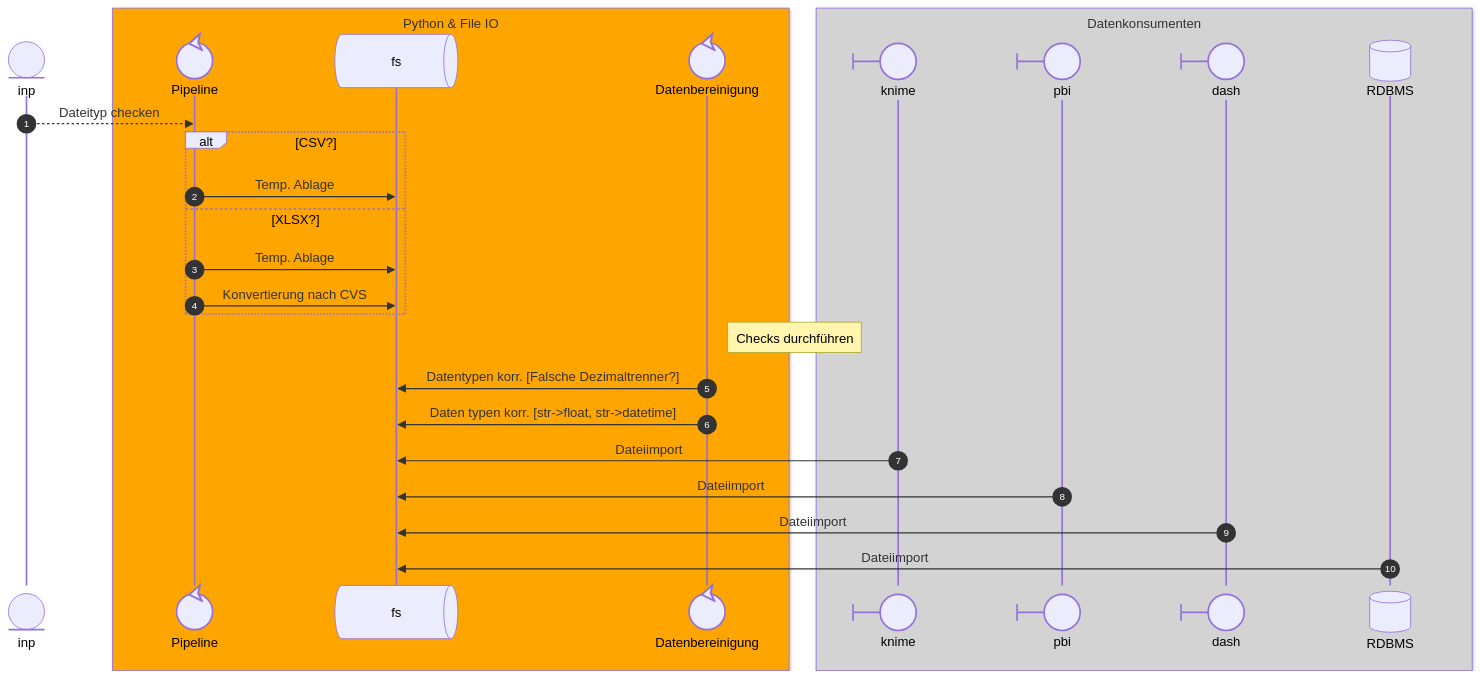
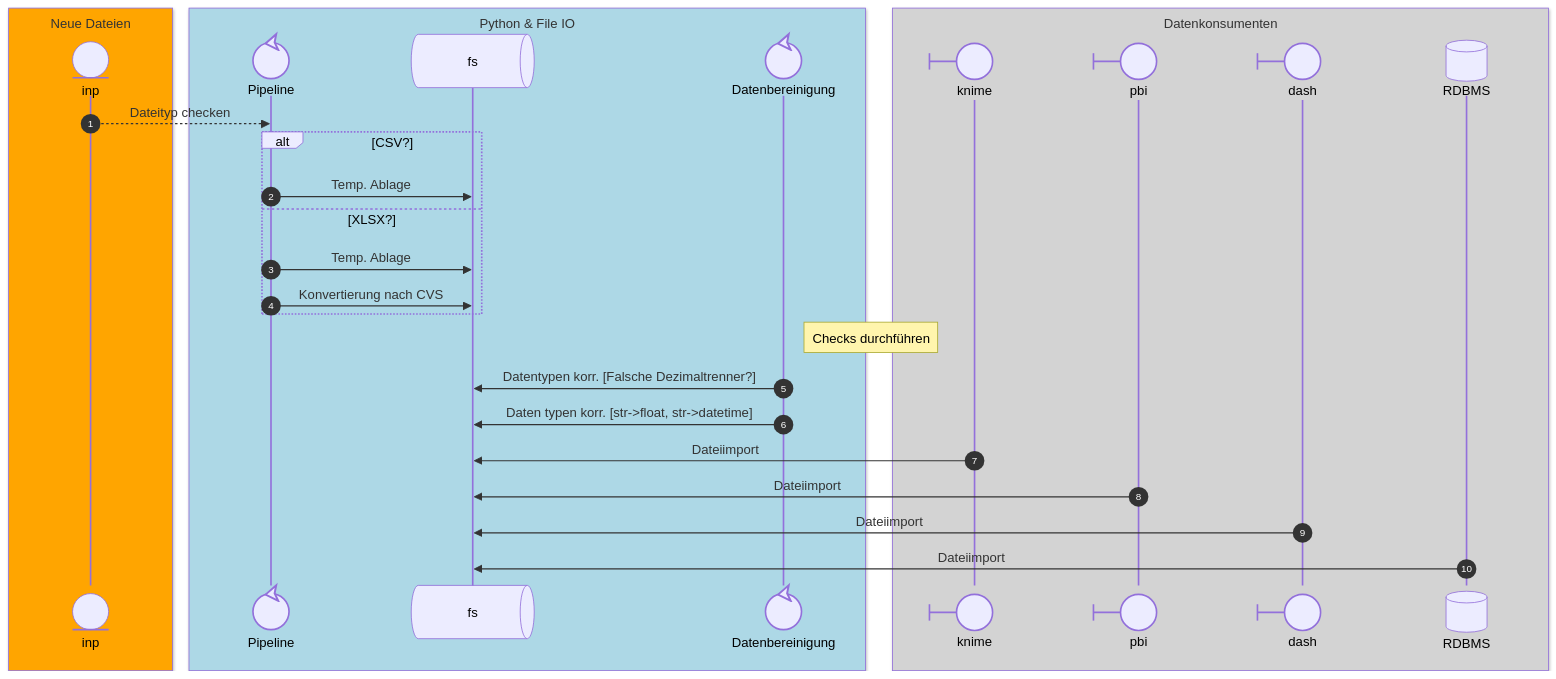
The diagram in Documentation/Data_Quality.md (nevsglueckauf/wq), drawn with Mermaid before and after one commit.

Commit message:
Dokumentation zur Datenbereinigung

````diff
--- a/Documentation/Data_Quality.md
+++ b/Documentation/Data_Quality.md
@@ -7,38 +7,41 @@
 ```mermaid
 sequenceDiagram
     autonumber
+    
+    box orange Neue Dateien
     participant inp@{ "type" : "entity" }
-    box ORANGE  Python &  File IO
+    end
+    box lightblue  Python &  File IO
     participant Pipeline@{ "type" : "control" }
     participant fs@{ "type" : "queue" }
     participant Datenbereinigung@{ "type" : "control" }
     end 
 
     box lightgray  Datenkonsumenten
     participant knime@{ "type" : "boundary" }
     participant pbi@{ "type" : "boundary" }
     participant dash@{ "type" : "boundary" }
     participant RDBMS@{ "type" : "database" }
     end 
 
     inp-->>Pipeline: Dateityp checken
      alt CSV?
             Pipeline->>fs: Temp. Ablage
      else XLSX?
             Pipeline->>fs: Temp. Ablage
             Pipeline->>fs: Konvertierung nach CVS
     end
     Note right of Datenbereinigung: Checks durchführen
     Datenbereinigung->>fs: Datentypen korr. [Falsche Dezimaltrenner?]
     Datenbereinigung->>fs: Daten typen korr. [str->float, str->datetime]
 
     knime->>fs: Dateiimport
     pbi->>fs: Dateiimport
     dash->>fs: Dateiimport
     RDBMS->>fs: Dateiimport
     
     
 
     
 
 ```
````
